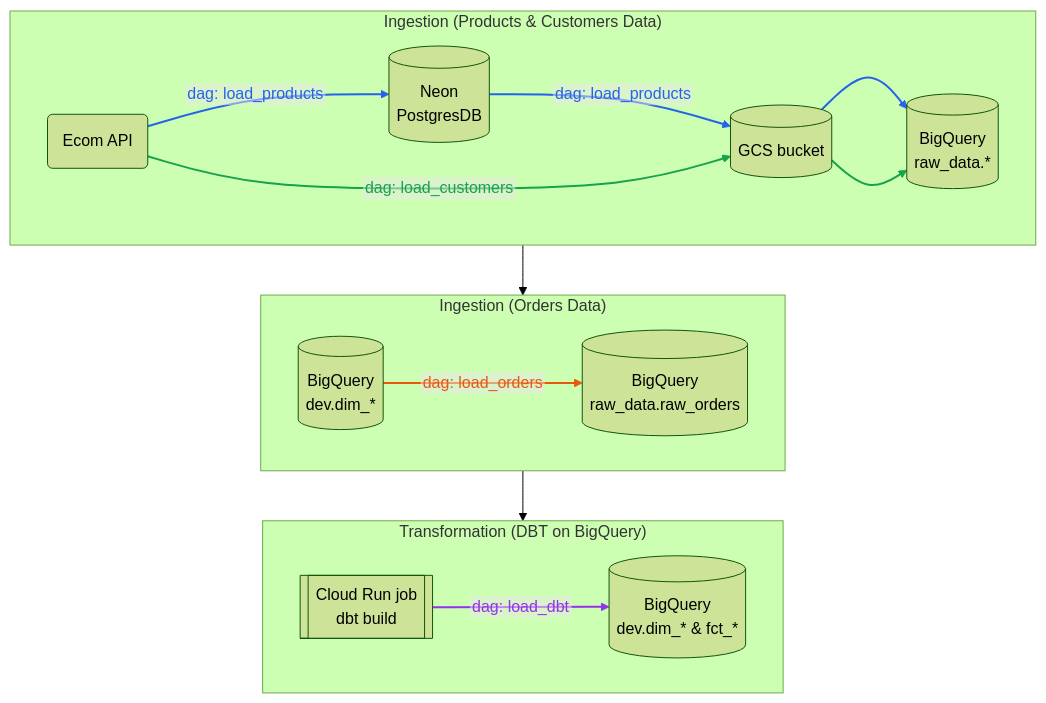
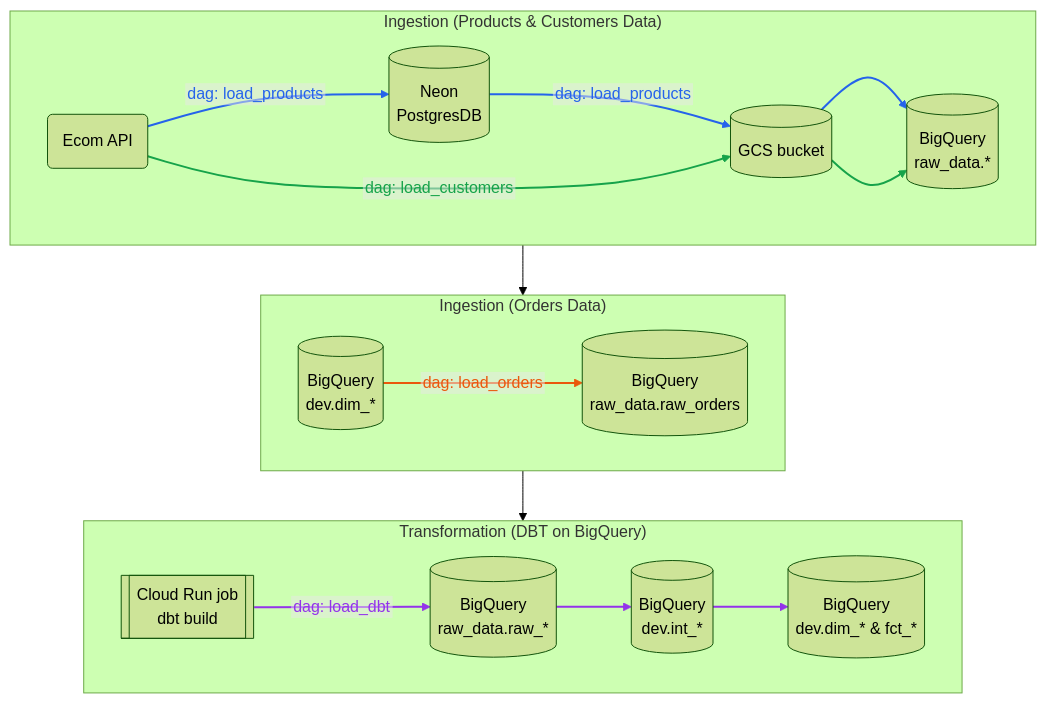
One commit to candychen00/faker-ecom-project__airflow_dbt changed the first of 5 diagrams in airflow/README.md. Above: the diagram before and after it, drawn with Mermaid (forest theme).

Commit message:
Add af readme v8

````diff
--- a/airflow/README.md
+++ b/airflow/README.md
@@ -31,41 +31,43 @@
 ```mermaid
 %%{init: {"flowchart": {"htmlLabels": false}}}%%
 flowchart TB
     subgraph ROW1["Ingestion (Products & Customers Data)"]
         direction LR
         API(Ecom API)
         PG[(Neon<br>PostgresDB)]
         GCS[(GCS bucket)]
         RAW[(BigQuery<br/>raw_data.*)]
     end
 
     subgraph ROW2["Ingestion (Orders Data)"]
         direction LR
         BQ_DIM[(BigQuery<br>dev.dim_*)]
         BQ_FCT[(BigQuery<br>raw_data.raw_orders)]
     end
 
     subgraph ROW3["Transformation (DBT on BigQuery)"]
         direction LR
         DBT[[Cloud Run job<br>dbt build]]
-        DEV[(BigQuery<br/>dev.dim_* & fct_*)]
+        BQ_RAW[(BigQuery<br/>raw_data.raw_*)]
+        BQ_INT[(BigQuery<br/>dev.int_*)]
+        BQ_DIM_FCT[(BigQuery<br/>dev.dim_* & fct_*)]
     end
 
     API -- dag: load_products --> PG
     PG -- dag: load_products --> GCS
     API -- dag: load_customers --> GCS
     GCS --> RAW
     GCS --> RAW
 
     BQ_DIM -- dag: load_orders --> BQ_FCT
 
-    DBT -- dag: load_dbt --> DEV
+    DBT -- dag: load_dbt --> BQ_RAW --> BQ_INT --> BQ_DIM_FCT
 
     ROW1 --> ROW2 --> ROW3
 
     %% Edge indices follow declaration order (0-based)
     linkStyle 0,1,3 stroke:#2563eb,stroke-width:2px,color:#2563eb
     linkStyle 2,4 stroke:#16a34a,stroke-width:2px,color:#16a34a
     linkStyle 5 stroke:#ea580c,stroke-width:2px,color:#ea580c
-    linkStyle 6 stroke:#9333ea,stroke-width:2px,color:#9333ea
+    linkStyle 6,7,8 stroke:#9333ea,stroke-width:2px,color:#9333ea
 ```
````
